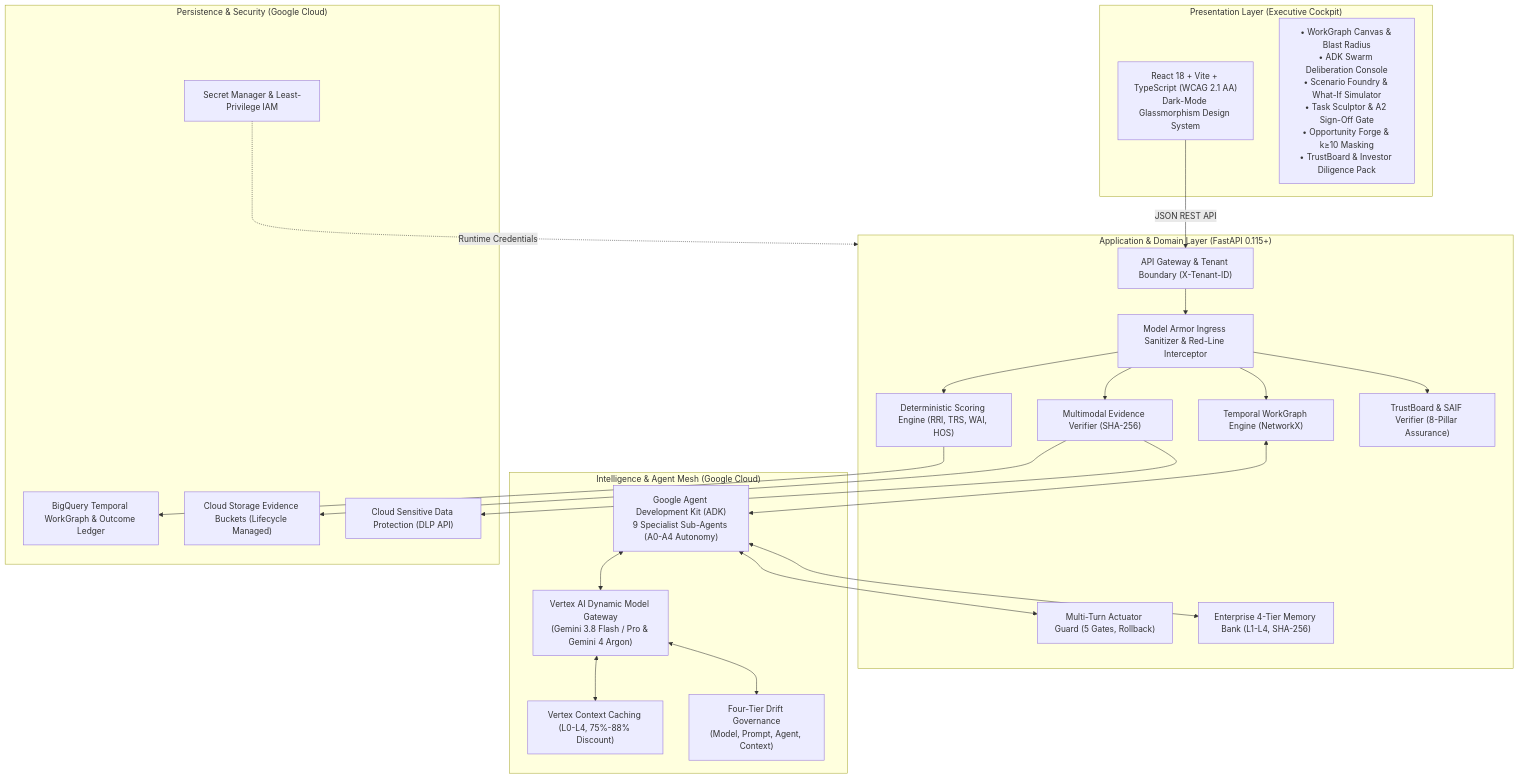
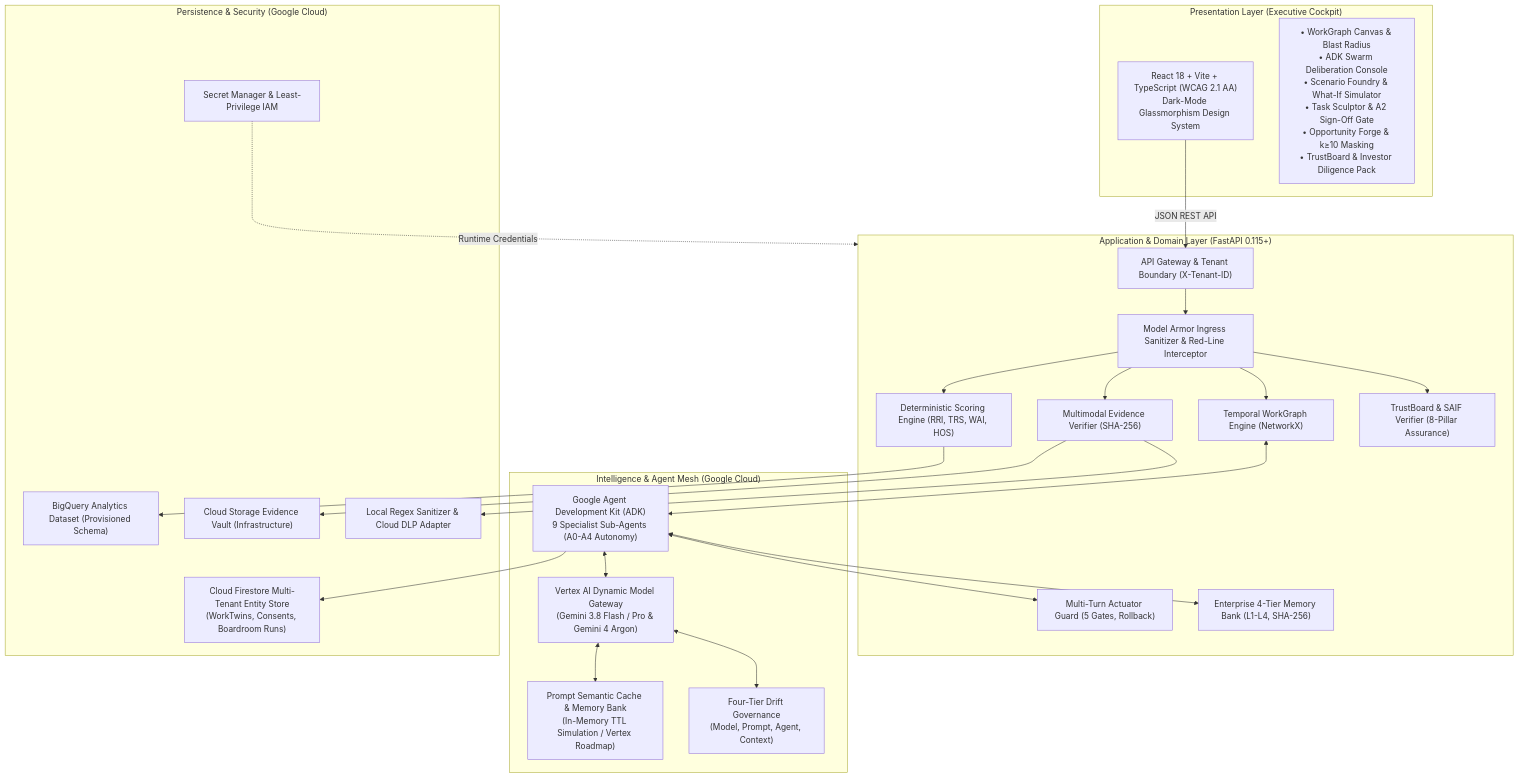
Before and after one commit to sivasubramanian86/FuturaSculptAI: the diagram in README.md, drawn with Mermaid. The commit also changed other lines of this file and 22 other files, not shown here.

Commit message:
fix(core): harden auth tenant extraction, active readiness probes, and cloud storage persistence

````diff
--- a/README.md
+++ b/README.md
@@ -119,49 +118,51 @@
 ```mermaid
 graph TB
     subgraph Client["Presentation Layer (Executive Cockpit)"]
         UI["React 18 + Vite + TypeScript (WCAG 2.1 AA)<br/>Dark-Mode Glassmorphism Design System"]
         Modules["• WorkGraph Canvas & Blast Radius<br/>• ADK Swarm Deliberation Console<br/>• Scenario Foundry & What-If Simulator<br/>• Task Sculptor & A2 Sign-Off Gate<br/>• Opportunity Forge & k≥10 Masking<br/>• TrustBoard & Investor Diligence Pack"]
     end
 
     subgraph API["Application & Domain Layer (FastAPI 0.115+)"]
         Gate["API Gateway & Tenant Boundary (X-Tenant-ID)"]
         Guard["Model Armor Ingress Sanitizer & Red-Line Interceptor"]
         Actuator["Multi-Turn Actuator Guard (5 Gates, Rollback)"]
         MemBank["Enterprise 4-Tier Memory Bank (L1-L4, SHA-256)"]
         WG["Temporal WorkGraph Engine (NetworkX)"]
         Score["Deterministic Scoring Engine (RRI, TRS, WAI, HOS)"]
         Evid["Multimodal Evidence Verifier (SHA-256)"]
         Gov["TrustBoard & SAIF Verifier (8-Pillar Assurance)"]
     end
 
     subgraph AI["Intelligence & Agent Mesh (Google Cloud)"]
         Vertex["Vertex AI Dynamic Model Gateway<br/>(Gemini 3.8 Flash / Pro & Gemini 4 Argon)"]
         ADK["Google Agent Development Kit (ADK)<br/>9 Specialist Sub-Agents (A0-A4 Autonomy)"]
-        Cache["Vertex Context Caching (L0-L4, 75%-88% Discount)"]
+        Cache["Prompt Semantic Cache & Memory Bank<br/>(In-Memory TTL Simulation / Vertex Roadmap)"]
         Drift["Four-Tier Drift Governance<br/>(Model, Prompt, Agent, Context)"]
     end
 
     subgraph Data["Persistence & Security (Google Cloud)"]
-        BQ["BigQuery Temporal WorkGraph & Outcome Ledger"]
-        GCS["Cloud Storage Evidence Buckets (Lifecycle Managed)"]
-        DLP["Cloud Sensitive Data Protection (DLP API)"]
+        FS["Cloud Firestore Multi-Tenant Entity Store<br/>(WorkTwins, Consents, Boardroom Runs)"]
+        BQ["BigQuery Analytics Dataset (Provisioned Schema)"]
+        GCS["Cloud Storage Evidence Vault (Infrastructure)"]
+        DLP["Local Regex Sanitizer & Cloud DLP Adapter"]
         SecMgr["Secret Manager & Least-Privilege IAM"]
     end
 
     UI -->|JSON REST API| Gate
     Gate --> Guard
     Guard --> WG
     Guard --> Score
     Guard --> Evid
     Guard --> Gov
     WG <--> ADK
     ADK <--> Actuator
     ADK <--> MemBank
     ADK <--> Vertex
     Vertex <--> Cache
     Vertex <--> Drift
     Evid --> DLP
     Evid --> GCS
+    ADK --> FS
     Score --> BQ
     SecMgr -.->|Runtime Credentials| API
 ```
````
